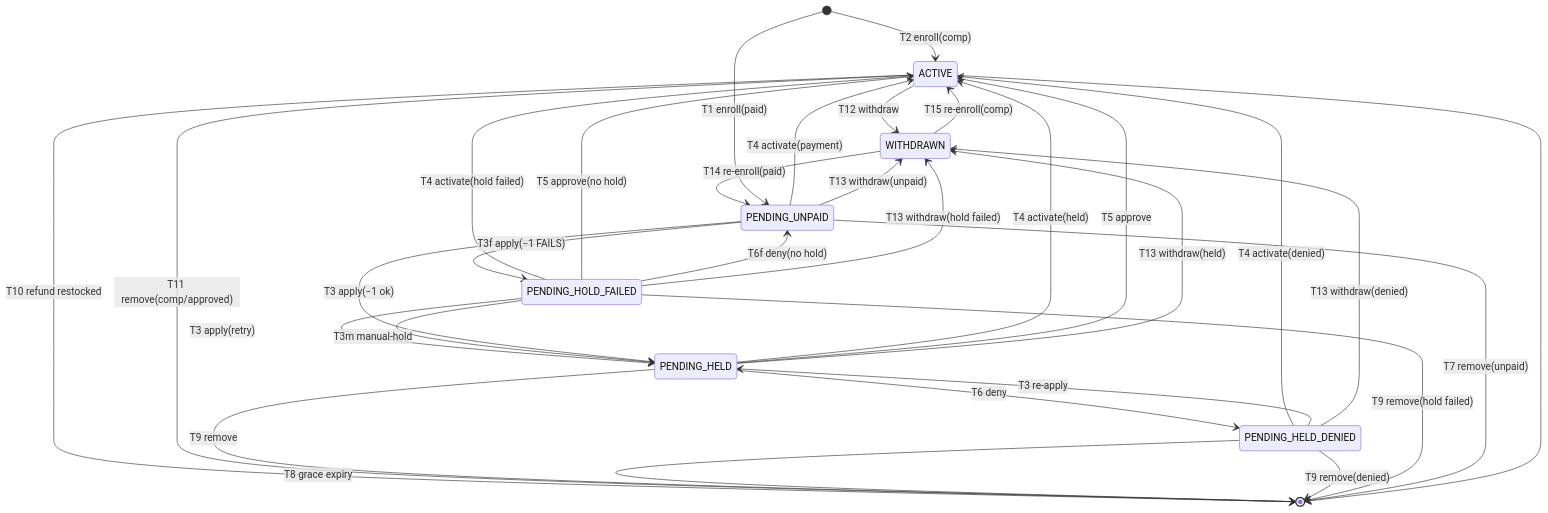
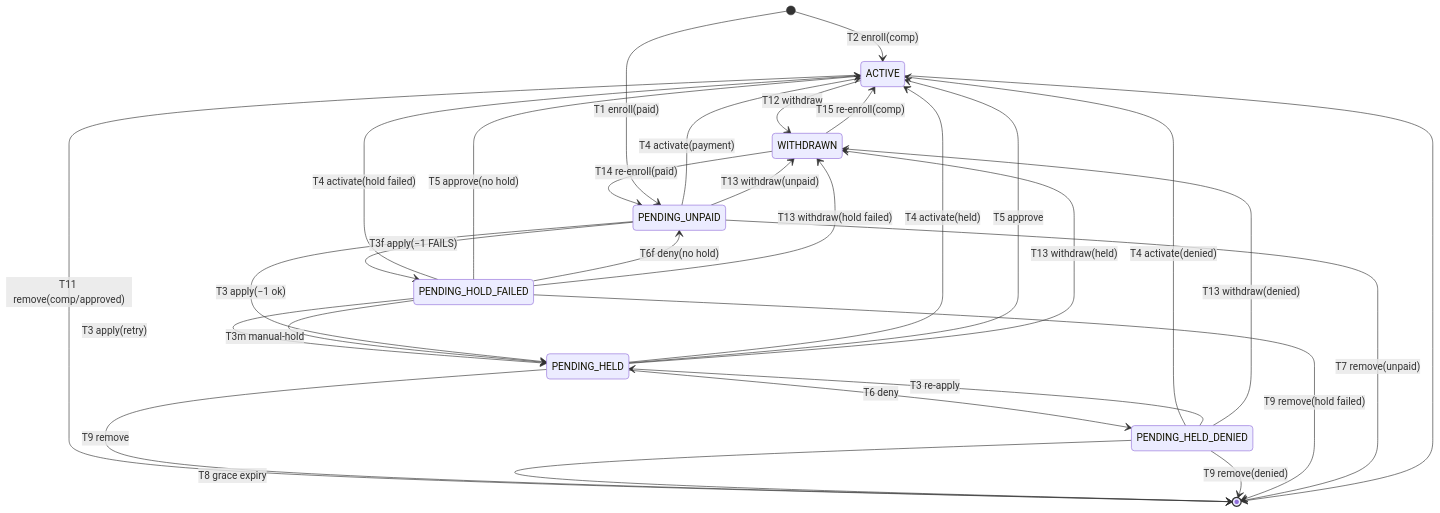
The diagram in docs/generated/lifecycle/enrollment.md (innovationtreehouse/apps.checkin), drawn with Mermaid before and after one commit. The commit also changed other lines of this file and 9 other files, not shown here.

````diff
--- a/docs/generated/lifecycle/enrollment.md
+++ b/docs/generated/lifecycle/enrollment.md
@@ -12,33 +12,32 @@
 ```mermaid
 stateDiagram-v2
     ACTIVE --> WITHDRAWN: T12 withdraw
-    ACTIVE --> [*]: T10 refund restocked
     ACTIVE --> [*]: T11 remove(comp/approved)
     PENDING_HELD --> ACTIVE: T4 activate(held)
     PENDING_HELD --> ACTIVE: T5 approve
     PENDING_HELD --> PENDING_HELD_DENIED: T6 deny
     PENDING_HELD --> WITHDRAWN: T13 withdraw(held)
     PENDING_HELD --> [*]: T9 remove
     PENDING_HELD_DENIED --> ACTIVE: T4 activate(denied)
     PENDING_HELD_DENIED --> PENDING_HELD: T3 re-apply
     PENDING_HELD_DENIED --> WITHDRAWN: T13 withdraw(denied)
     PENDING_HELD_DENIED --> [*]: T8 grace expiry
     PENDING_HELD_DENIED --> [*]: T9 remove(denied)
     PENDING_HOLD_FAILED --> ACTIVE: T4 activate(hold failed)
     PENDING_HOLD_FAILED --> ACTIVE: T5 approve(no hold)
     PENDING_HOLD_FAILED --> PENDING_HELD: T3 apply(retry)
     PENDING_HOLD_FAILED --> PENDING_HELD: T3m manual-hold
     PENDING_HOLD_FAILED --> PENDING_UNPAID: T6f deny(no hold)
     PENDING_HOLD_FAILED --> WITHDRAWN: T13 withdraw(hold failed)
     PENDING_HOLD_FAILED --> [*]: T9 remove(hold failed)
     PENDING_UNPAID --> ACTIVE: T4 activate(payment)
     PENDING_UNPAID --> PENDING_HELD: T3 apply(−1 ok)
     PENDING_UNPAID --> PENDING_HOLD_FAILED: T3f apply(−1 FAILS)
     PENDING_UNPAID --> WITHDRAWN: T13 withdraw(unpaid)
     PENDING_UNPAID --> [*]: T7 remove(unpaid)
     WITHDRAWN --> ACTIVE: T15 re-enroll(comp)
     WITHDRAWN --> PENDING_UNPAID: T14 re-enroll(paid)
     [*] --> ACTIVE: T2 enroll(comp)
     [*] --> PENDING_UNPAID: T1 enroll(paid)
     ACTIVE --> [*]
 ```
````
